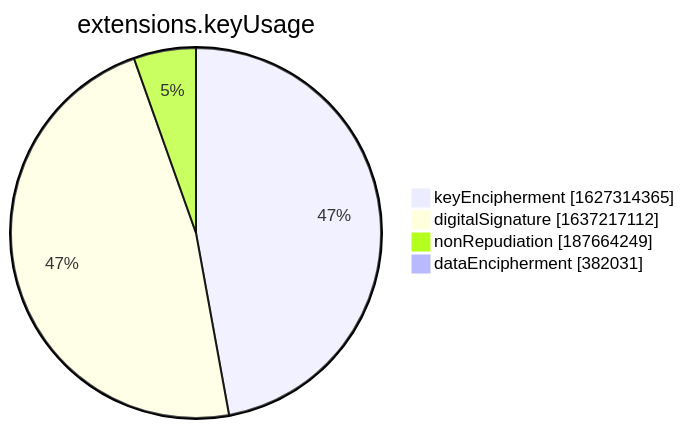
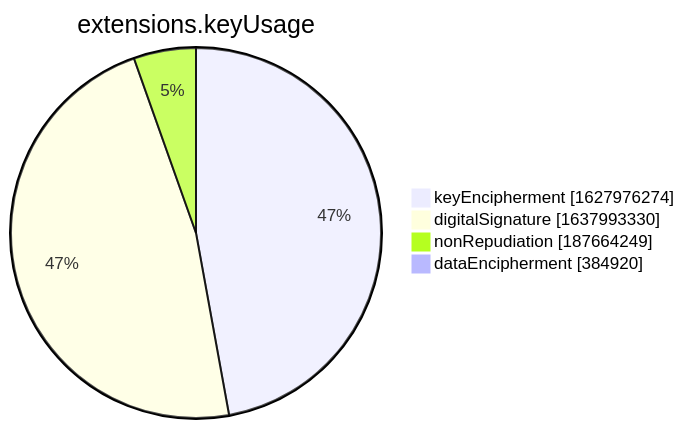
The seventh of 15 diagrams in xenon2022/README.md (christiankrug/ctmonitor_visualization), drawn with Mermaid before and after one commit. The commit also changed other lines of this file, not shown here.

````diff
--- a/xenon2022/README.md
+++ b/xenon2022/README.md
@@ -2855,8 +2855,8 @@
 ```mermaid
 pie showData
 title extensions.keyUsage
-"keyEncipherment" :1627314365
-"digitalSignature" :1637217112
+"keyEncipherment" :1627976274
+"digitalSignature" :1637993330
 "nonRepudiation" :187664249
-"dataEncipherment" :382031
+"dataEncipherment" :384920
 ```
````
